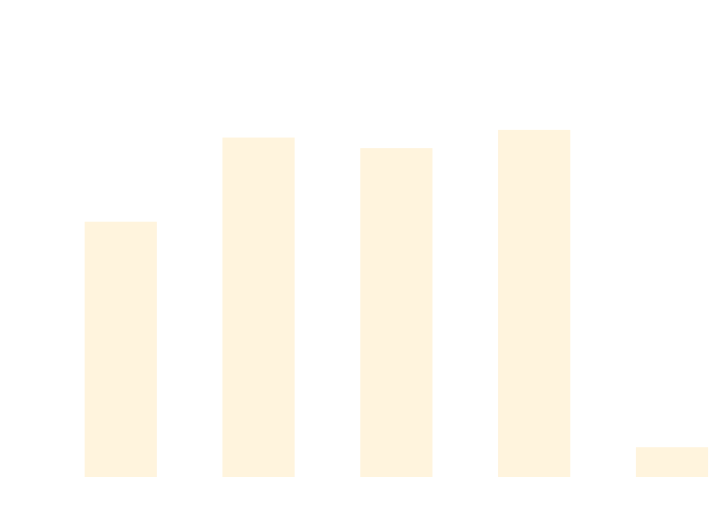
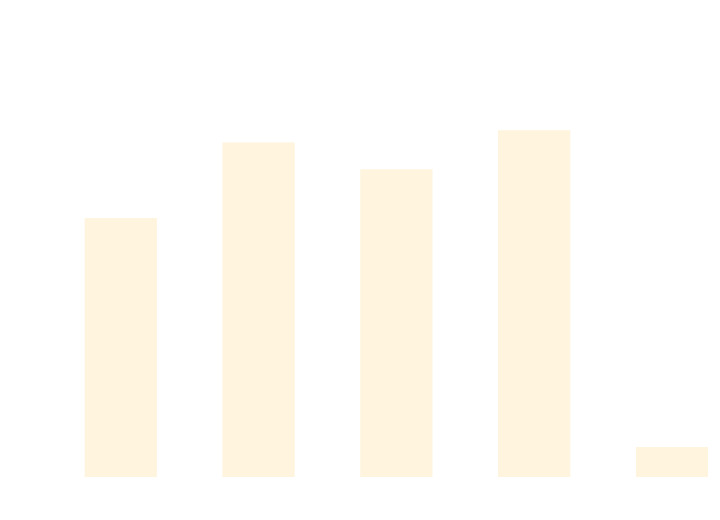
The diagram in docs/docs/benchmarks/ScaleTests.md (thomhurst/TUnit), drawn with Mermaid before and after one commit. The commit also changed other lines of this file and 17 other files, not shown here.

````diff
--- a/docs/docs/benchmarks/ScaleTests.md
+++ b/docs/docs/benchmarks/ScaleTests.md
@@ -27,37 +27,37 @@
 ```mermaid
 %%{init: {
   'theme':'base',
   'themeVariables': {
     'primaryColor': '#2563eb',
     'primaryTextColor': '#ffffff',
     'primaryBorderColor': '#1e40af',
     'lineColor': '#6b7280',
     'secondaryColor': '#7c3aed',
     'tertiaryColor': '#dc2626',
     'background': '#ffffff',
     'mainBkg': '#2563eb',
     'secondBkg': '#7c3aed',
     'tertiaryBkg': '#dc2626',
     'clusterBkg': '#f3f4f6',
     'edgeLabelBackground': '#ffffff',
     'tertiaryTextColor': '#1f2937',
     'pie1': '#2563eb',
     'pie2': '#7c3aed',
     'pie3': '#dc2626',
     'pie4': '#f59e0b',
     'pie5': '#10b981',
     'pie6': '#06b6d4',
     'pie7': '#ec4899',
     'pie8': '#6366f1',
     'pie9': '#84cc16',
     'pie10': '#f97316',
     'pie11': '#14b8a6',
     'pie12': '#a855f7'
   }
 }}%%
 xychart-beta
   title "ScaleTests Performance Comparison"
   x-axis ["TUnit", "NUnit", "MSTest", "xUnit3", "TUnit_AOT"]
-  y-axis "Time (ms)" 0 --> 751
-  bar [456.31, 611.58, 592.05, 625.75, 40.2]
+  y-axis "Time (ms)" 0 --> 734
+  bar [452.51, 589, 540.5, 611.01, 39.57]
 ```
````
